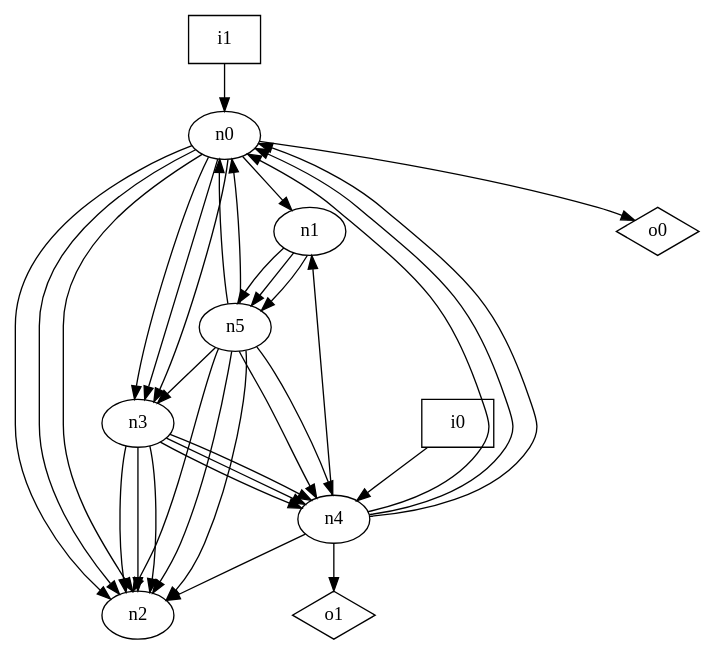
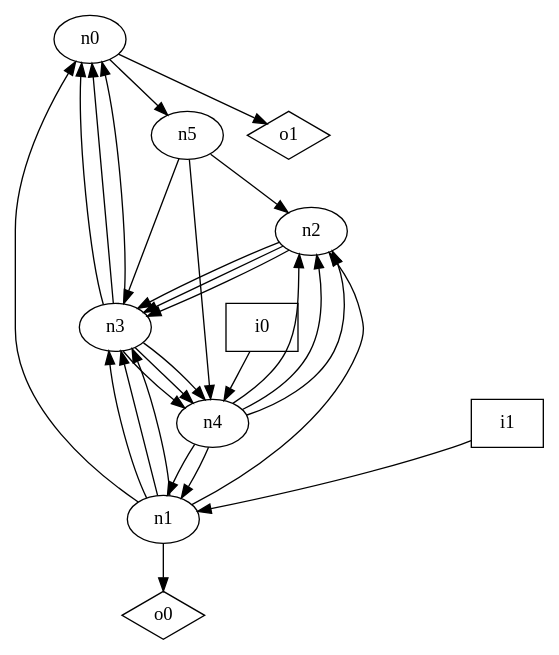
One commit to p9romain/bool-circuits changed the diagram in dot_files/random/random_oriented_graph.dot. Above: the diagram before and after it, drawn with Graphviz. The commit also changed 25 other files, not shown here.

Commit message:
Finish (except random graph)

```diff
--- a/dot_files/random/random_oriented_graph.dot
+++ b/dot_files/random/random_oriented_graph.dot
@@ -1,45 +1,39 @@
 digraph G {
 n0 [label="n0"];
 n1 [label="n1"];
 n2 [label="n2"];
 n3 [label="n3"];
 n4 [label="n4"];
 n5 [label="n5"];
 n6 [label="i0",shape="box"];
 n7 [label="i1",shape="box"];
 n8 [label="o0",shape="diamond"];
 n9 [label="o1",shape="diamond"];
-n0 -> n1
-n0 -> n2
-n0 -> n2
-n0 -> n2
-n0 -> n3
-n0 -> n3
-n0 -> n3
-n0 -> n8
-n1 -> n5
-n1 -> n5
-n1 -> n5
-n3 -> n2
-n3 -> n2
-n3 -> n2
+n0 -> n5
+n0 -> n9
+n1 -> n0
+n1 -> n2
+n1 -> n3
+n1 -> n3
+n1 -> n3
+n1 -> n8
+n2 -> n3
+n2 -> n3
+n2 -> n3
+n3 -> n0
+n3 -> n0
+n3 -> n0
 n3 -> n4
 n3 -> n4
 n3 -> n4
-n4 -> n0
-n4 -> n0
-n4 -> n0
+n4 -> n1
 n4 -> n1
 n4 -> n2
-n4 -> n9
-n5 -> n0
-n5 -> n0
-n5 -> n2
-n5 -> n2
+n4 -> n2
+n4 -> n2
 n5 -> n2
 n5 -> n3
 n5 -> n4
-n5 -> n4
 n6 -> n4
-n7 -> n0
+n7 -> n1
 }
```
